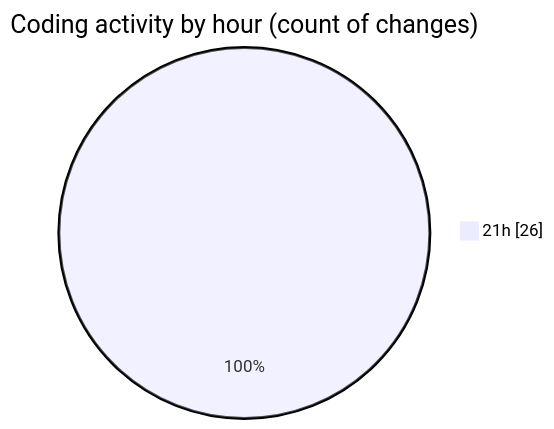
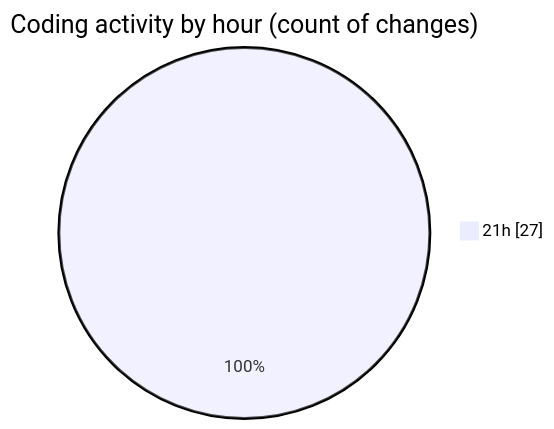
Before and after one commit to Netris89/code-tracking: the second of 2 diagrams in 2025-03-26/echo/README.md, drawn with Mermaid. The commit also changed other lines of this file and 1 other file, not shown here.

````diff
--- a/2025-03-26/echo/README.md
+++ b/2025-03-26/echo/README.md
@@ -34,5 +34,5 @@
 ```mermaid
 pie showData
 title Coding activity by hour (count of changes)
-"21h" : 26
+"21h" : 27
 ```
````
